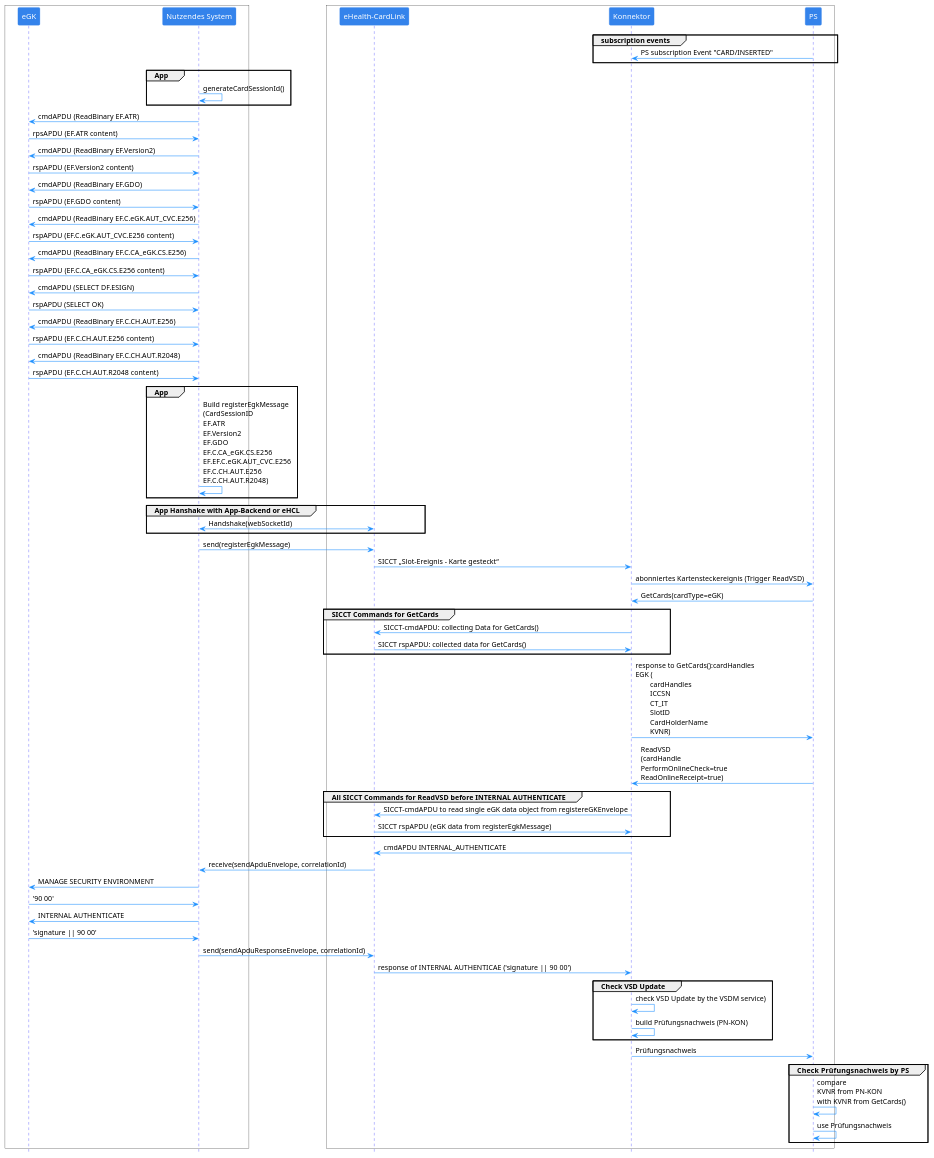
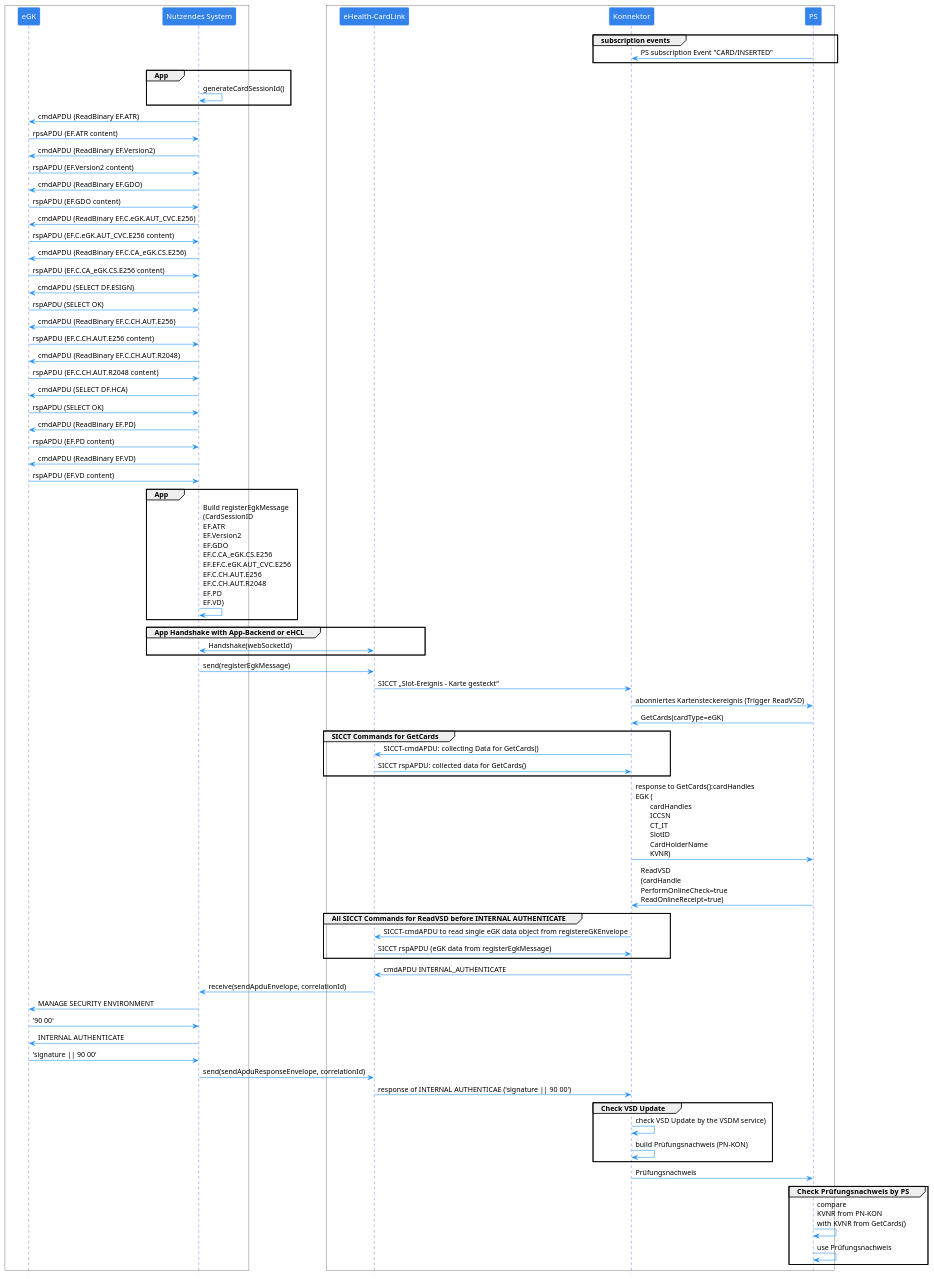
The diagram in ehcl/msc.puml (gematik/api-ehcl), drawn with PlantUML before and after one commit. The commit also changed 2 other files, not shown here.

Commit message:
#4 add EF.PD and EF.VD to registerEGK. Only with the infos contained, the primary system can properly calculate the hcv after a readVSD operation

```diff
--- a/ehcl/msc.puml
+++ b/ehcl/msc.puml
@@ -1,115 +1,121 @@
 @startuml
 skinparam Shadowing false
 skinparam ParticipantPadding 20
 skinparam BoxPadding 10
 
 skinparam sequence {
     ArrowColor DodgerBlue
     ActorBorderColor DodgerBlue
     LifeLineBorderColor Blue
 
     ParticipantBackgroundColor #3483eb
     ParticipantBorderColor #3483eb
     ParticipantFontSize 14
     ParticipantFontColor White
 
     ActorBackgroundColor #3483eb
     ActorFontSize 14
     NoteBackgroundColor #3483eb
 }
 
 hide footbox
 ' autonumber
 
 box #ffffff
 participant "eGK" as egk
 participant "Nutzendes System" as app
 end box
 
 box #ffffff
 participant "eHealth-CardLink" as ehcl
 participant "Konnektor" as kon
 participant "PS" as avs
 end box
 
 group subscription events
 avs -> kon : PS subscription Event "CARD/INSERTED"
 end
 
 ' User initiates Session - connect to CardLink and send eGK data
 group App
 app -> app : generateCardSessionId()
 end
 
 egk <- app : cmdAPDU (ReadBinary EF.ATR)
 egk -> app : rpsAPDU (EF.ATR content)
 egk <- app : cmdAPDU (ReadBinary EF.Version2)
 egk -> app : rspAPDU (EF.Version2 content)
 egk <- app : cmdAPDU (ReadBinary EF.GDO)
 egk -> app : rspAPDU (EF.GDO content)
 egk <- app : cmdAPDU (ReadBinary EF.C.eGK.AUT_CVC.E256)
 egk -> app : rspAPDU (EF.C.eGK.AUT_CVC.E256 content)
 egk <- app : cmdAPDU (ReadBinary EF.C.CA_eGK.CS.E256)
 egk -> app : rspAPDU (EF.C.CA_eGK.CS.E256 content)
 egk <- app : cmdAPDU (SELECT DF.ESIGN)
 egk -> app : rspAPDU (SELECT OK)
 egk <- app : cmdAPDU (ReadBinary EF.C.CH.AUT.E256)
 egk -> app : rspAPDU (EF.C.CH.AUT.E256 content)
 egk <- app : cmdAPDU (ReadBinary EF.C.CH.AUT.R2048)
 egk -> app : rspAPDU (EF.C.CH.AUT.R2048 content)
+egk <- app : cmdAPDU (SELECT DF.HCA)
+egk -> app : rspAPDU (SELECT OK)
+egk <- app : cmdAPDU (ReadBinary EF.PD)
+egk -> app : rspAPDU (EF.PD content)
+egk <- app : cmdAPDU (ReadBinary EF.VD)
+egk -> app : rspAPDU (EF.VD content)
 
 group App
-app -> app : Build registerEgkMessage\n(CardSessionID\nEF.ATR\nEF.Version2\nEF.GDO\nEF.C.CA_eGK.CS.E256\nEF.EF.C.eGK.AUT_CVC.E256\nEF.C.CH.AUT.E256\nEF.C.CH.AUT.R2048)
+app -> app : Build registerEgkMessage\n(CardSessionID\nEF.ATR\nEF.Version2\nEF.GDO\nEF.C.CA_eGK.CS.E256\nEF.EF.C.eGK.AUT_CVC.E256\nEF.C.CH.AUT.E256\nEF.C.CH.AUT.R2048\nEF.PD\nEF.VD)
 end
 
-group App Hanshake with App-Backend or eHCL
+group App Handshake with App-Backend or eHCL
 app <-> ehcl : Handshake(webSocketId)
 end
 
 app -> ehcl : send(registerEgkMessage)
 
 ehcl -> kon : SICCT „Slot-Ereignis – Karte gesteckt“
 kon -> avs: abonniertes Kartensteckereignis (Trigger ReadVSD)
 
 avs -> kon : GetCards(cardType=eGK)
 ' Konnektor fragt erforderliche Kartendaten fuer GenCards ab
 group SICCT Commands for GetCards
 kon -> ehcl: SICCT-cmdAPDU: collecting Data for GetCards()
 ehcl -> kon: SICCT rspAPDU: collected data for GetCards()
 end
 
 kon -> avs : response to GetCards():cardHandles\nEGK (\n\tcardHandles\n\tICCSN \n\tCT_IT \n\tSlotID \n\tCardHolderName\n\tKVNR)
 avs -> kon : ReadVSD\n(cardHandle\nPerformOnlineCheck=true\nReadOnlineReceipt=true)
 
 ' Konnektor fragt erforderliche Kartendaten ab
 group All SICCT Commands for ReadVSD before INTERNAL AUTHENTICATE
 kon -> ehcl: SICCT-cmdAPDU to read single eGK data object from registereGKEnvelope
 ehcl -> kon: SICCT rspAPDU (eGK data from registerEgkMessage)
 end
 
 
 kon -> ehcl: cmdAPDU INTERNAL_AUTHENTICATE
 
 ehcl -> app : receive(sendApduEnvelope, correlationId)
 app -> egk : MANAGE SECURITY ENVIRONMENT
 egk  -> app : '90 00'
 app -> egk : INTERNAL AUTHENTICATE
 egk -> app : 'signature || 90 00'
 app -> ehcl : send(sendApduResponseEnvelope, correlationId)
 ehcl -> kon : response of INTERNAL AUTHENTICAE ('signature || 90 00')
 
 group Check VSD Update
 kon-> kon  : check VSD Update by the VSDM service)
 kon -> kon : build Prüfungsnachweis (PN-KON)
 end
 
 kon -> avs : Prüfungsnachweis
 
 group Check  Prüfungsnachweis  by PS
 avs-> avs: compare \nKVNR from PN-KON \nwith KVNR from GetCards()
 avs -> avs : use Prüfungsnachweis
 end
 
 ' avs -> ehcl: :progressInfoEnvelope
 ' ehcl -> app: socket.emit("send", progressInfoEnvelope)
 @enduml
```
